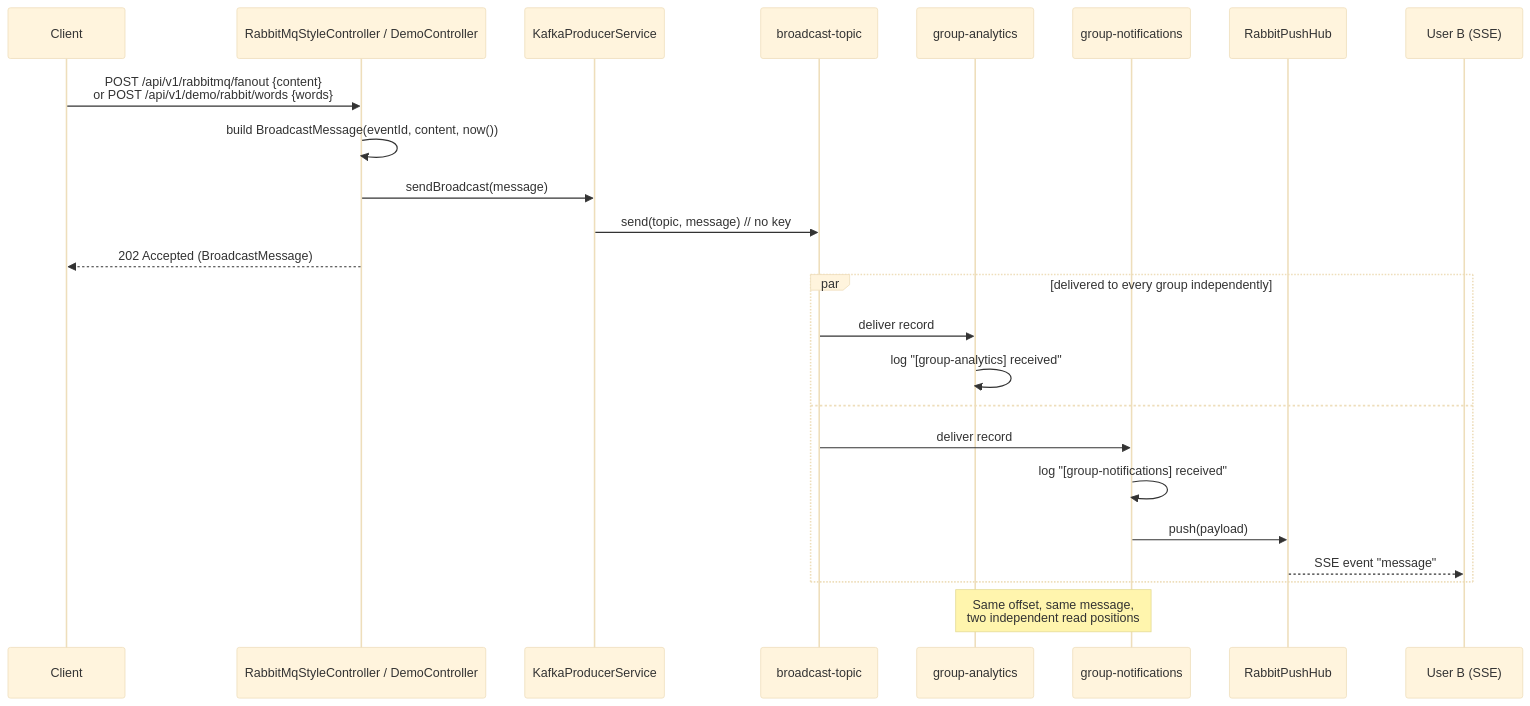
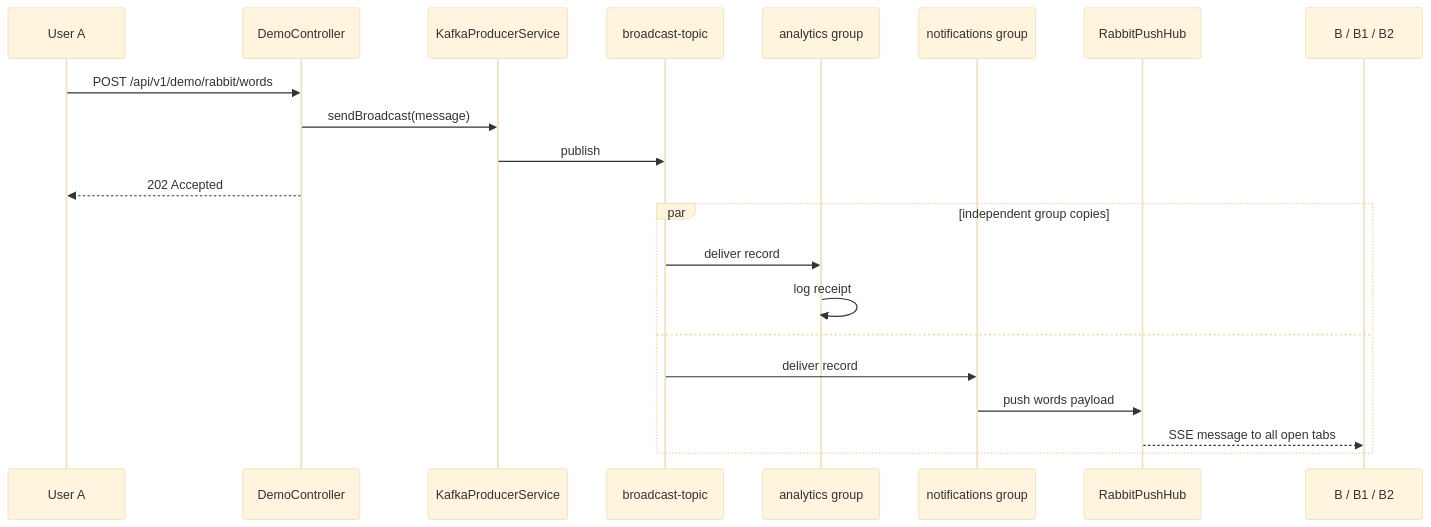
One commit to manydogs23/Kafka changed the fourth of 7 diagrams in docs/ARCHITECTURE.md. Above: the diagram before and after it, drawn with Mermaid (base theme). The commit also changed other lines of this file and 21 other files, not shown here.

````diff
--- a/docs/ARCHITECTURE.md
+++ b/docs/ARCHITECTURE.md
@@ -136,29 +175,25 @@
 ```mermaid
 sequenceDiagram
-    participant C as Client
-    participant Ctrl as RabbitMqStyleController / DemoController
+    participant A as User A
+    participant Demo as DemoController
     participant P as KafkaProducerService
     participant K as broadcast-topic
-    participant GA as group-analytics
-    participant GN as group-notifications
+    participant GA as analytics group
+    participant GN as notifications group
     participant Hub as RabbitPushHub
-    participant B as User B (SSE)
+    participant Bx as B / B1 / B2
 
-    C->>Ctrl: POST /api/v1/rabbitmq/fanout {content}<br/>or POST /api/v1/demo/rabbit/words {words}
-    Ctrl->>Ctrl: build BroadcastMessage(eventId, content, now())
-    Ctrl->>P: sendBroadcast(message)
-    P->>K: send(topic, message)  // no key
-    Ctrl-->>C: 202 Accepted (BroadcastMessage)
+    A->>Demo: POST /api/v1/demo/rabbit/words
+    Demo->>P: sendBroadcast(message)
+    P->>K: publish
+    Demo-->>A: 202 Accepted
 
-    par delivered to every group independently
+    par independent group copies
         K->>GA: deliver record
-        GA->>GA: log "[group-analytics] received"
+        GA->>GA: log receipt
     and
         K->>GN: deliver record
-        GN->>GN: log "[group-notifications] received"
-        GN->>Hub: push(payload)
-        Hub-->>B: SSE event "message"
+        GN->>Hub: push words payload
+        Hub-->>Bx: SSE message to all open tabs
     end
-
-    Note over GA,GN: Same offset, same message,<br/>two independent read positions
 ```
````
